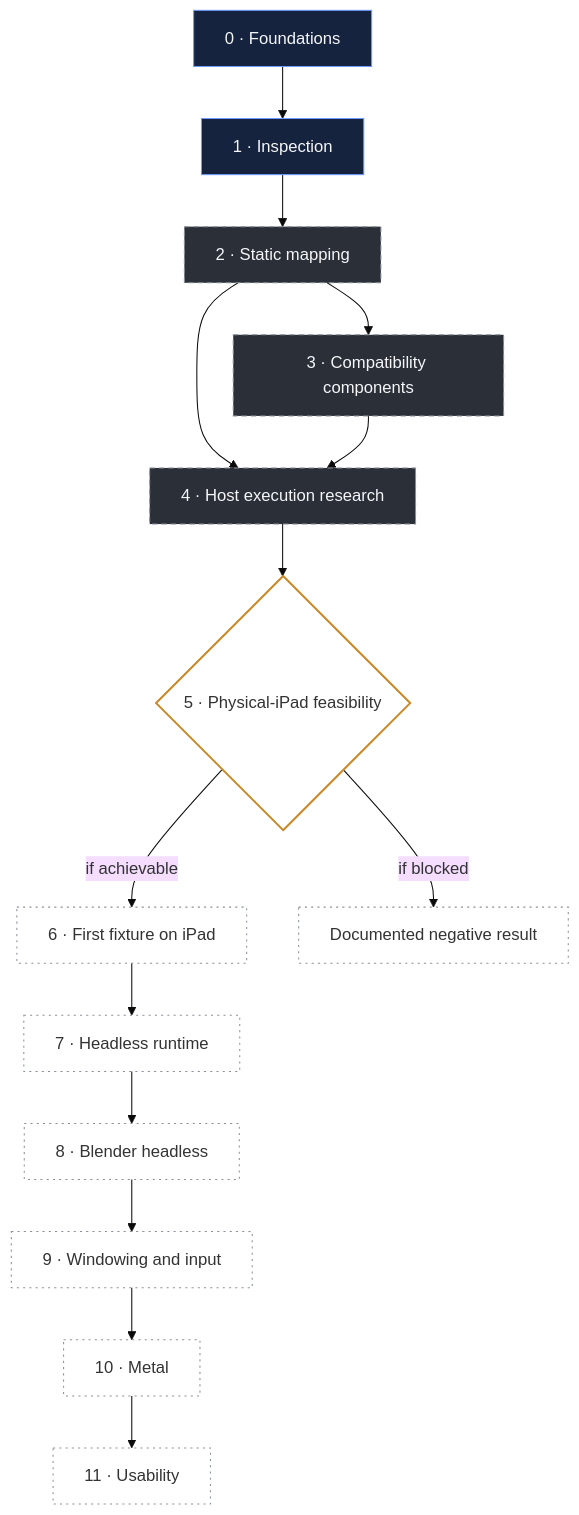
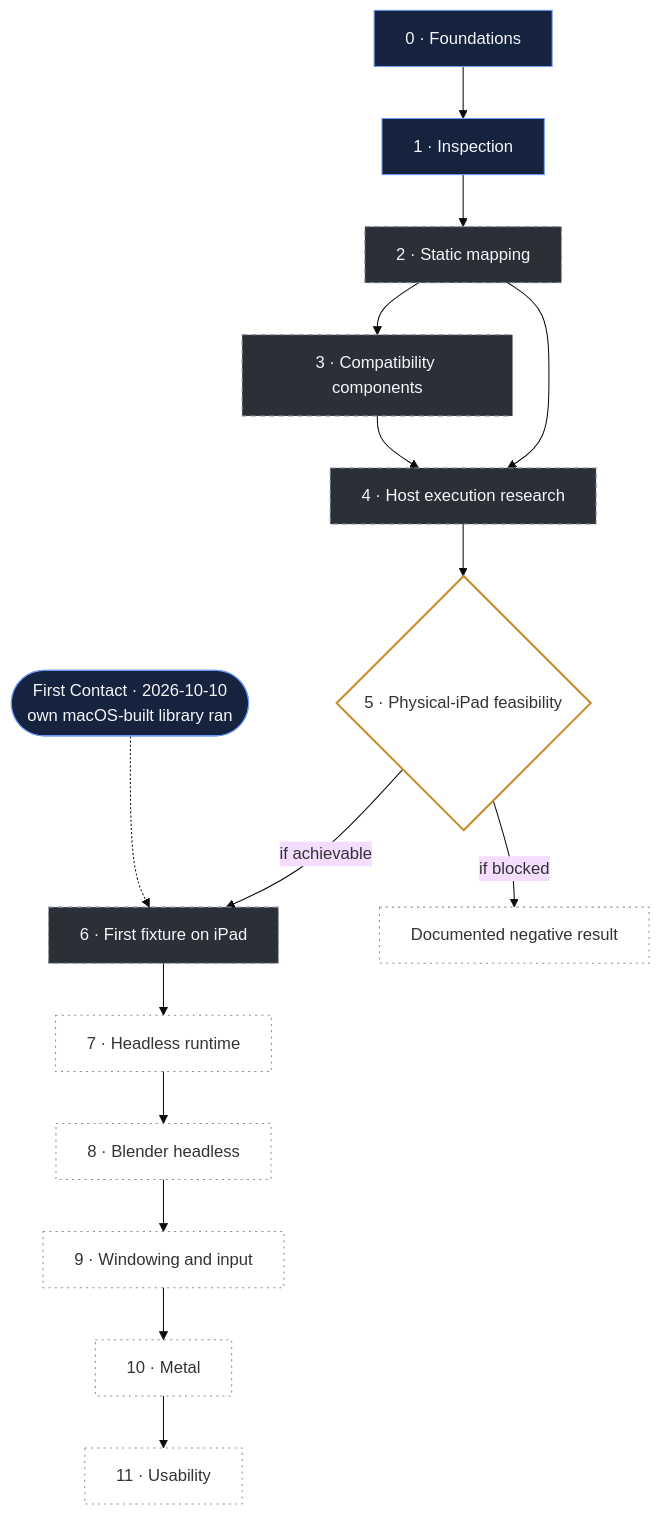
The diagram in ROADMAP.md (NORD-LABS/MacBridge-Project), drawn with Mermaid (base theme) before and after one commit. The commit also changed other lines of this file and 17 other files, not shown here.

````diff
--- a/ROADMAP.md
+++ b/ROADMAP.md
@@ -56,25 +56,28 @@
 ```mermaid
 flowchart TB
     P0["0 · Foundations"] --> P1["1 · Inspection"]
     P1 --> P2["2 · Static mapping"]
     P2 --> P3["3 · Compatibility components"]
     P2 --> P4["4 · Host execution research"]
     P3 --> P4
     P4 --> P5{"5 · Physical-iPad feasibility"}
     P5 -->|"if achievable"| P6["6 · First fixture on iPad"]
+    FC(["First Contact · 2026-10-10<br/>own macOS-built library ran"]) -.-> P6
     P5 -->|"if blocked"| STOP["Documented negative result"]
     P6 --> P7["7 · Headless runtime"]
     P7 --> P8["8 · Blender headless"]
     P8 --> P9["9 · Windowing and input"]
     P9 --> P10["10 · Metal"]
     P10 --> P11["11 · Usability"]
 
     classDef done fill:#16233f,stroke:#6e9bff,color:#f4f6f8
     classDef exp fill:#2a2f38,stroke:#8a9099,color:#f4f6f8,stroke-dasharray:5 4
     classDef gate fill:transparent,stroke:#c98a2b,stroke-width:2px
     classDef later fill:transparent,stroke:#8a9099,stroke-dasharray:2 4
     class P0,P1 done
-    class P2,P3,P4 exp
+    classDef milestone fill:#16233f,stroke:#6e9bff,color:#f4f6f8
+    class P2,P3,P4,P6 exp
     class P5 gate
-    class P6,P7,P8,P9,P10,P11,STOP later
+    class FC milestone
+    class P7,P8,P9,P10,P11,STOP later
 ```
````
